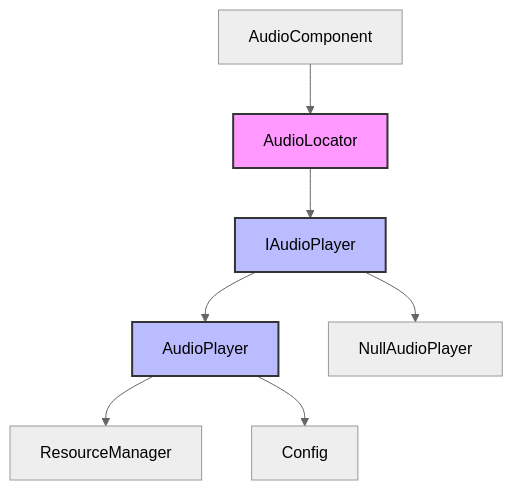
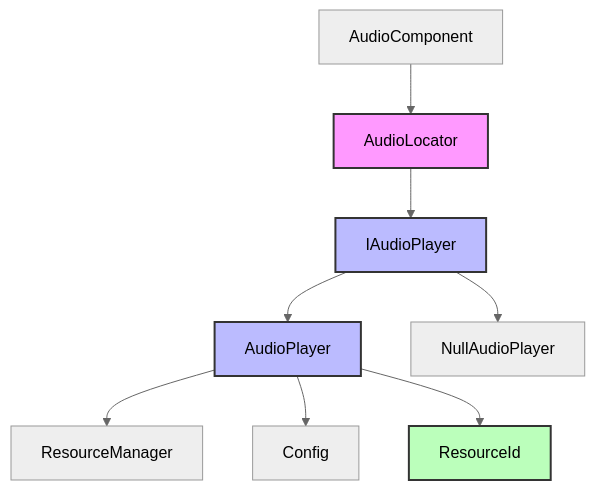
The fourth of 4 diagrams in doc/audio/README.md (hezhangtdzs/MonsterWar), drawn with Mermaid (neutral theme) before and after one commit. The commit also changed other lines of this file and 47 other files, not shown here.

````diff
--- a/doc/audio/README.md
+++ b/doc/audio/README.md
@@ -291,15 +377,17 @@
 ```mermaid
 graph TB
     AudioLocator --> IAudioPlayer
     IAudioPlayer --> AudioPlayer
     IAudioPlayer --> NullAudioPlayer
     
     AudioPlayer --> ResourceManager
     AudioPlayer --> Config
+    AudioPlayer --> ResourceId
     
     AudioComponent --> AudioLocator
     
     style AudioLocator fill:#f9f,stroke:#333,stroke-width:2px
     style IAudioPlayer fill:#bbf,stroke:#333,stroke-width:2px
     style AudioPlayer fill:#bbf,stroke:#333,stroke-width:2px
+    style ResourceId fill:#bfb,stroke:#333,stroke-width:2px
 ```
````
